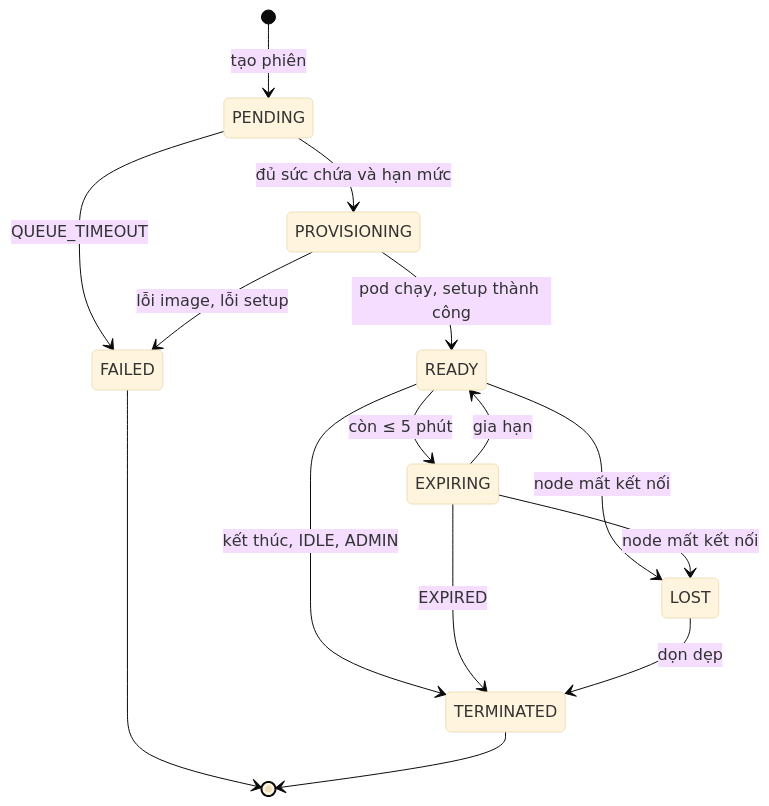
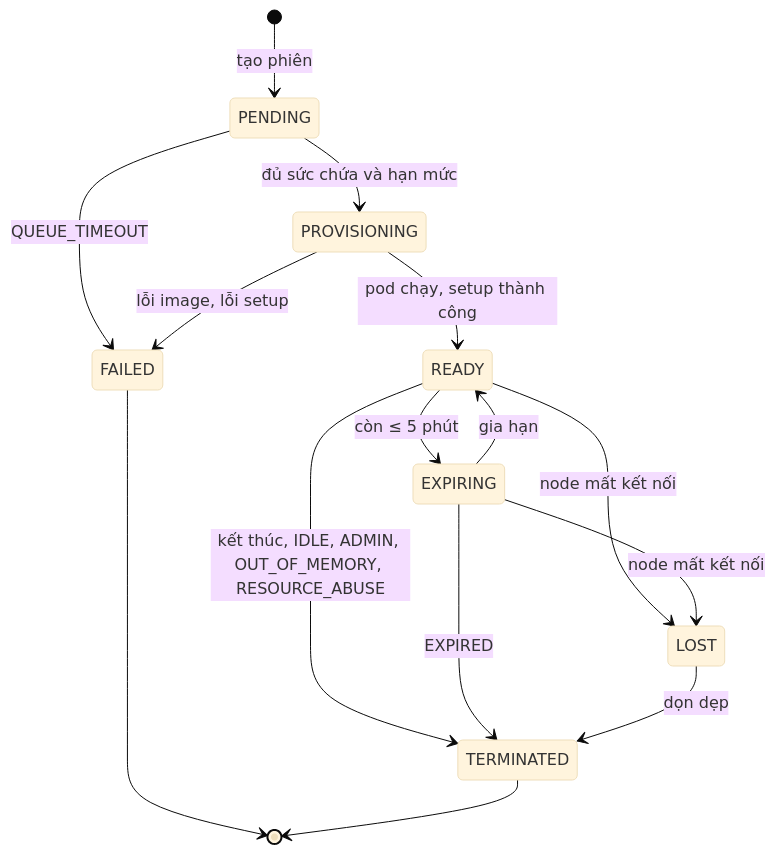
One commit to NhatMinh0311/Crucible changed the fourth of 10 diagrams in docs/02-kien-truc.md. Above: the diagram before and after it, drawn with Mermaid (base theme). The commit also changed 10 other files, not shown here.

````diff
--- a/docs/02-kien-truc.md
+++ b/docs/02-kien-truc.md
@@ -197,17 +197,17 @@
 ```mermaid
 stateDiagram-v2
     [*] --> PENDING: tạo phiên
     PENDING --> PROVISIONING: đủ sức chứa và hạn mức
     PENDING --> FAILED: QUEUE_TIMEOUT
     PROVISIONING --> READY: pod chạy, setup thành công
     PROVISIONING --> FAILED: lỗi image, lỗi setup
     READY --> EXPIRING: còn ≤ 5 phút
     EXPIRING --> READY: gia hạn
-    READY --> TERMINATED: kết thúc, IDLE, ADMIN
+    READY --> TERMINATED: kết thúc, IDLE, ADMIN, OUT_OF_MEMORY, RESOURCE_ABUSE
     EXPIRING --> TERMINATED: EXPIRED
     READY --> LOST: node mất kết nối
     EXPIRING --> LOST: node mất kết nối
     LOST --> TERMINATED: dọn dẹp
     FAILED --> [*]
     TERMINATED --> [*]
 ```
````
